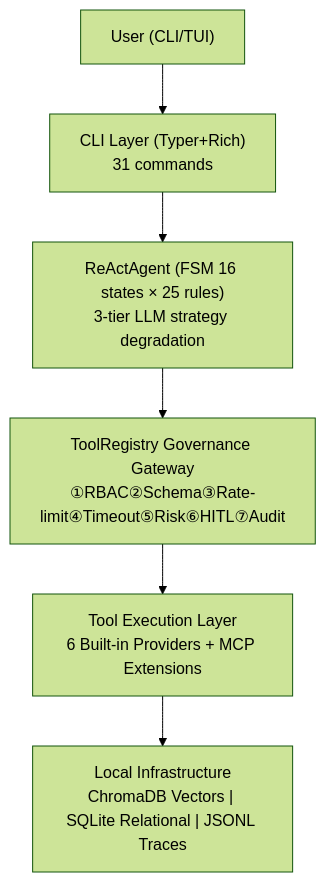
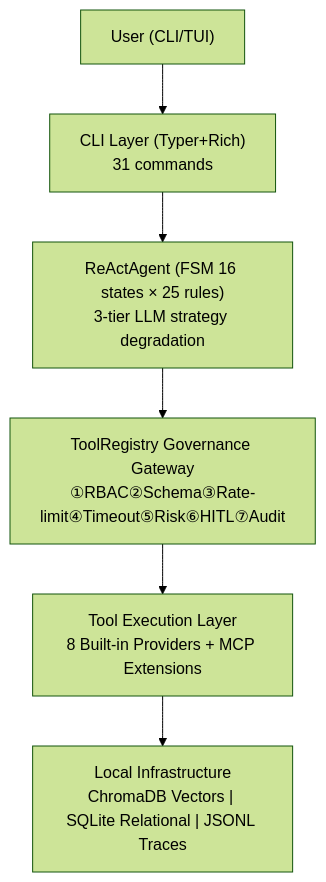
Before and after one commit to paipaipai666/agent-nexus: the diagram in wiki/Home.en.md, drawn with Mermaid (forest theme). The commit also changed other lines of this file and 57 other files, not shown here.

First line of the commit message:
``` feat: 增加代码知识图谱功能并优化系统稳定性

````diff
--- a/wiki/Home.en.md
+++ b/wiki/Home.en.md
@@ -12,8 +12,8 @@
 ```mermaid
 graph TD
     User["User (CLI/TUI)"] --> CLI["CLI Layer (Typer+Rich)<br>31 commands"]
     CLI --> ReAct["ReActAgent (FSM 16 states × 25 rules)<br>3-tier LLM strategy degradation"]
     ReAct --> Gate["ToolRegistry Governance Gateway<br>①RBAC②Schema③Rate-limit④Timeout⑤Risk⑥HITL⑦Audit"]
-    Gate --> Tools["Tool Execution Layer<br>6 Built-in Providers + MCP Extensions"]
+    Gate --> Tools["Tool Execution Layer<br>8 Built-in Providers + MCP Extensions"]
     Tools --> Local["Local Infrastructure<br>ChromaDB Vectors | SQLite Relational | JSONL Traces"]
 ```
````
